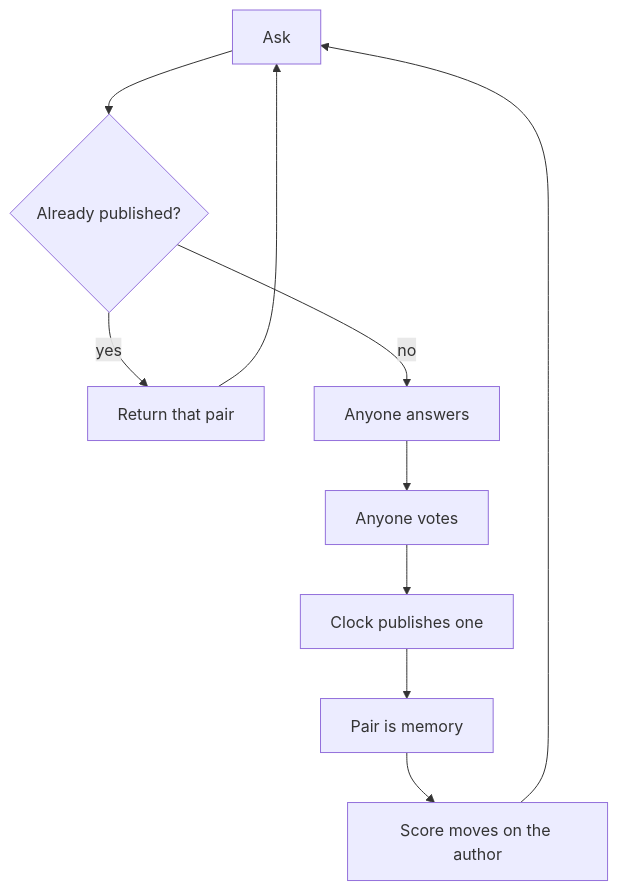
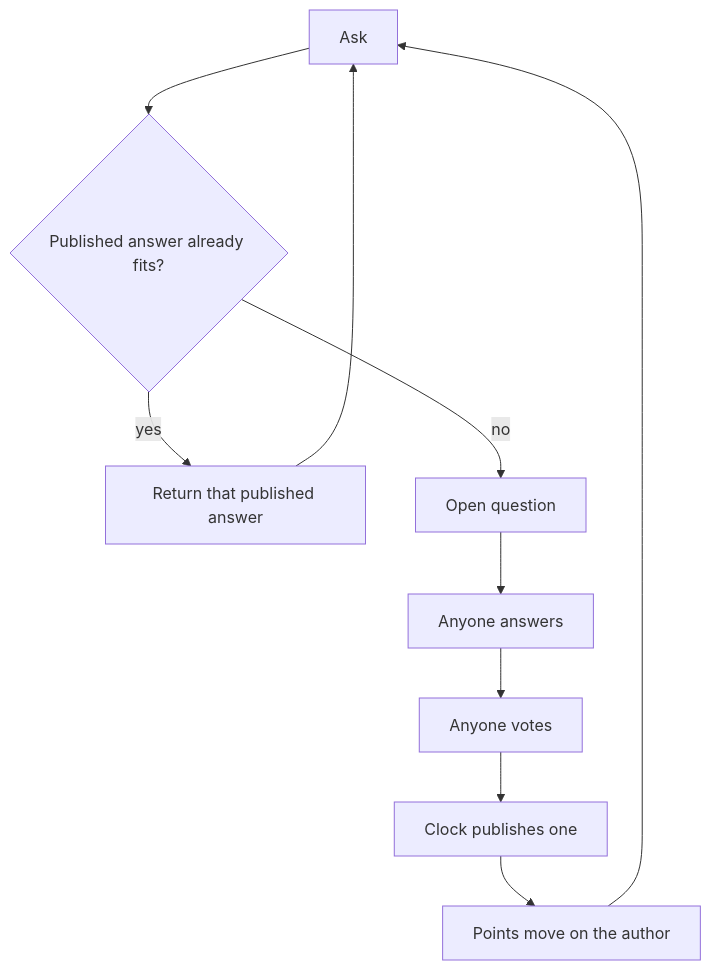
The first of 2 diagrams in WHITEPAPER.md (Thingscorp/pgeon-llm), drawn with Mermaid before and after one commit. The commit also changed other lines of this file, not shown here.

````diff
--- a/WHITEPAPER.md
+++ b/WHITEPAPER.md
@@ -9,12 +9,12 @@
 ```mermaid
 flowchart TD
-  A[Ask] --> B{Already published?}
-  B -->|yes| C[Return that pair]
-  B -->|no| D[Anyone answers]
-  D --> E[Anyone votes]
-  E --> F[Clock publishes one]
-  F --> G[Pair is memory]
-  G --> H[Score moves on the author]
+  A[Ask] --> B{Published answer already fits?}
+  B -->|yes| C[Return that published answer]
+  B -->|no| D[Open question]
+  D --> E[Anyone answers]
+  E --> F[Anyone votes]
+  F --> G[Clock publishes one]
+  G --> H[Points move on the author]
   C --> A
   H --> A
 ```
````
